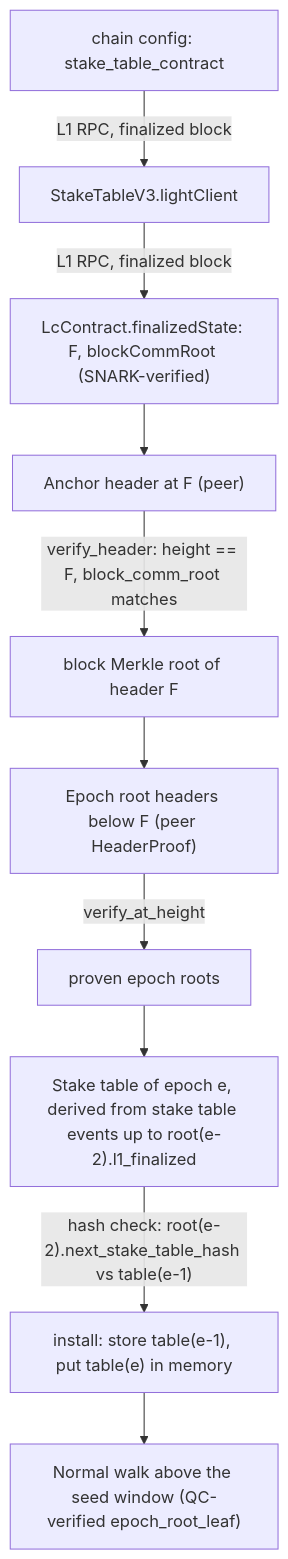
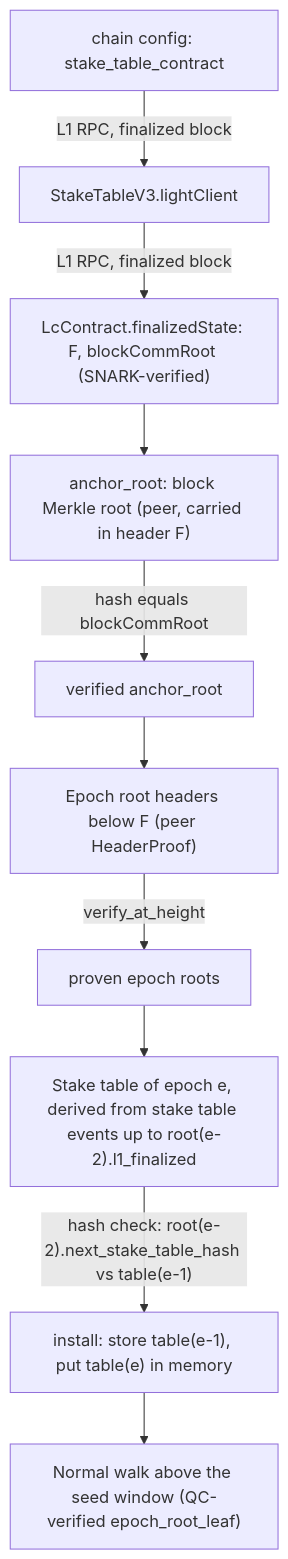
One commit to EspressoSystems/espresso-network changed the diagram in doc/stake-table-catchup-trust-chain.md. Above: the diagram before and after it, drawn with Mermaid. The commit also changed other lines of this file, not shown here.

First line of the commit message:
docs: name the block Merkle root as the trust link, not the header

````diff
--- a/doc/stake-table-catchup-trust-chain.md
+++ b/doc/stake-table-catchup-trust-chain.md
@@ -58,12 +59,12 @@
 ```mermaid
 flowchart TD
     CC[chain config: stake_table_contract] -->|L1 RPC, finalized block| ST[StakeTableV3.lightClient]
     ST -->|L1 RPC, finalized block| LC["LcContract.finalizedState: F, blockCommRoot (SNARK-verified)"]
-    LC --> A["Anchor header at F (peer)"]
-    A -->|"verify_header: height == F, block_comm_root matches"| AR[block Merkle root of header F]
-    AR --> P["Epoch root headers below F (peer HeaderProof)"]
+    LC --> AR["anchor_root: block Merkle root (peer, carried in header F)"]
+    AR -->|"hash equals blockCommRoot"| AV[verified anchor_root]
+    AV --> P["Epoch root headers below F (peer HeaderProof)"]
     P -->|verify_at_height| R[proven epoch roots]
     R --> T["Stake table of epoch e, derived from stake table events up to root(e-2).l1_finalized"]
     T -->|"hash check: root(e-2).next_stake_table_hash vs table(e-1)"| I["install: store table(e-1), put table(e) in memory"]
     I --> W["Normal walk above the seed window (QC-verified epoch_root_leaf)"]
 ```
````
